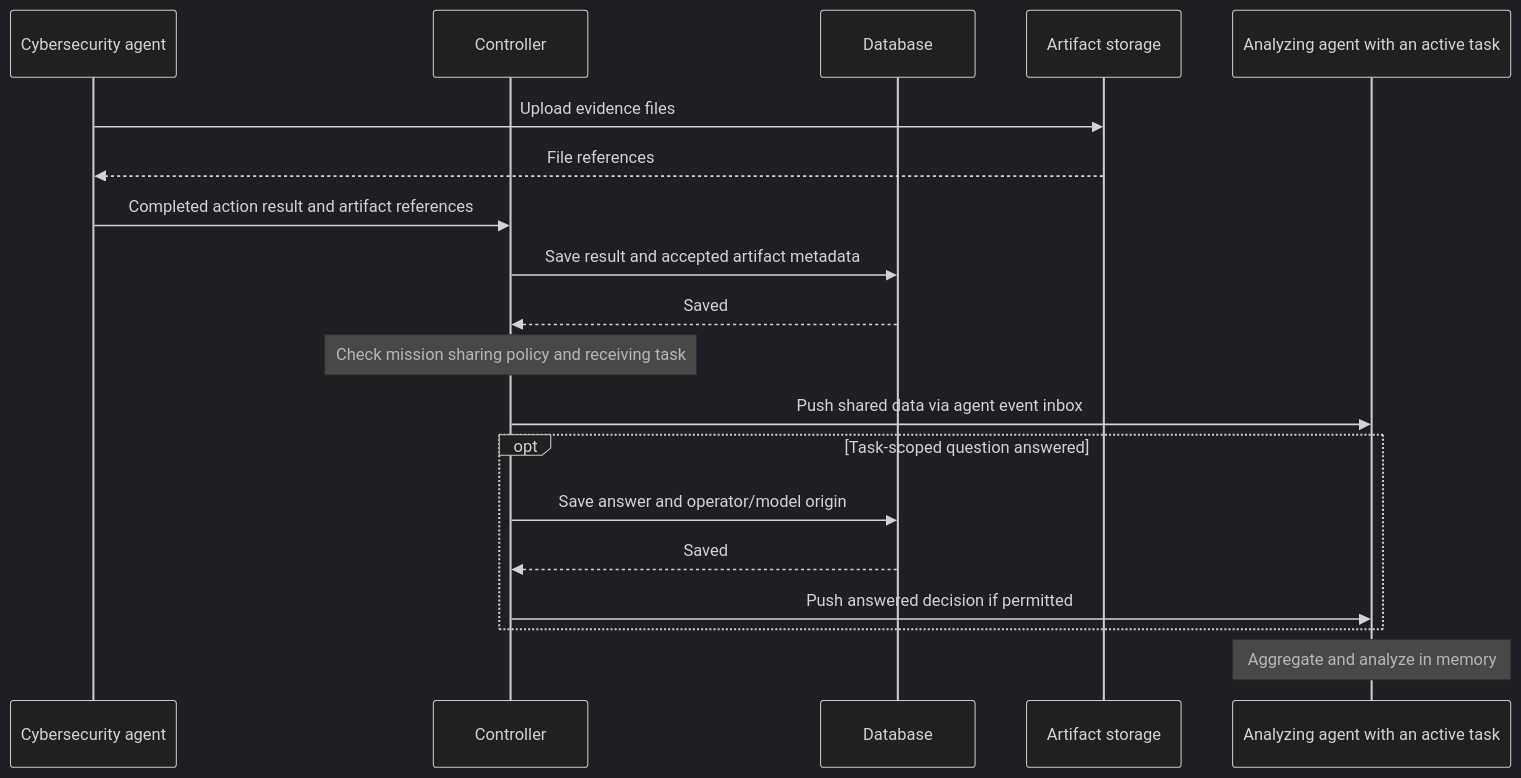
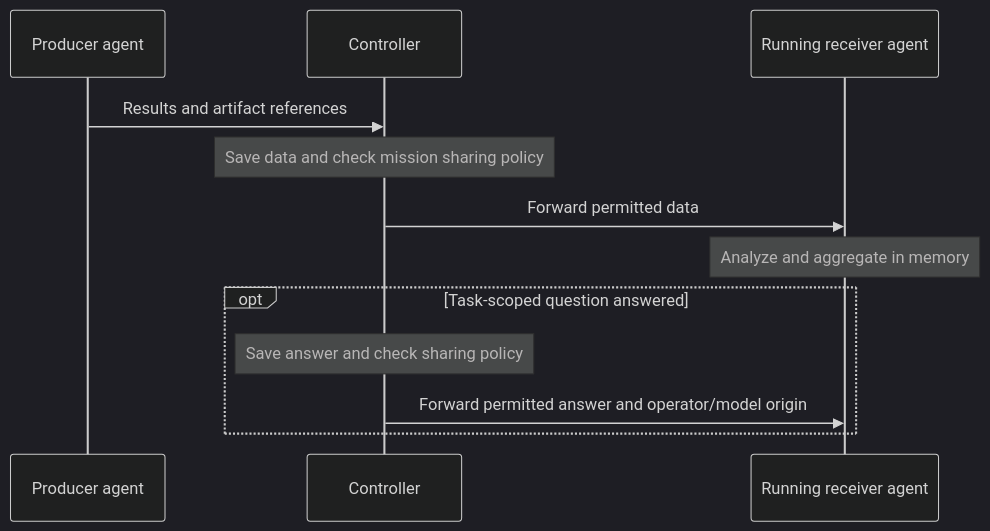
Before and after one commit to defos-ai/commander: the diagram in docs/features/data-sharing.md, drawn with Mermaid (dark theme). The commit also changed other lines of this file and 2 other files, not shown here.

````diff
--- a/docs/features/data-sharing.md
+++ b/docs/features/data-sharing.md
@@ -51,22 +7,15 @@
 ```mermaid
 sequenceDiagram
-    participant Security as Cybersecurity agent
+    participant Producer as Producer agent
     participant Controller
-    participant Database
-    participant Storage as Artifact storage
-    participant Analyzer as Analyzing agent with an active task
+    participant Receiver as Running receiver agent
 
-    Security->>Storage: Upload evidence files
-    Storage-->>Security: File references
-    Security->>Controller: Completed action result and artifact references
-    Controller->>Database: Save result and accepted artifact metadata
-    Database-->>Controller: Saved
-    Note over Controller: Check mission sharing policy and receiving task
-    Controller->>Analyzer: Push shared data via agent event inbox
+    Producer->>Controller: Results and artifact references
+    Note over Controller: Save data and check mission sharing policy
+    Controller->>Receiver: Forward permitted data
+    Note over Receiver: Analyze and aggregate in memory
     opt Task-scoped question answered
-        Controller->>Database: Save answer and operator/model origin
-        Database-->>Controller: Saved
-        Controller->>Analyzer: Push answered decision if permitted
+        Note over Controller: Save answer and check sharing policy
+        Controller->>Receiver: Forward permitted answer and operator/model origin
     end
-    Note over Analyzer: Aggregate and analyze in memory
 ```
````
